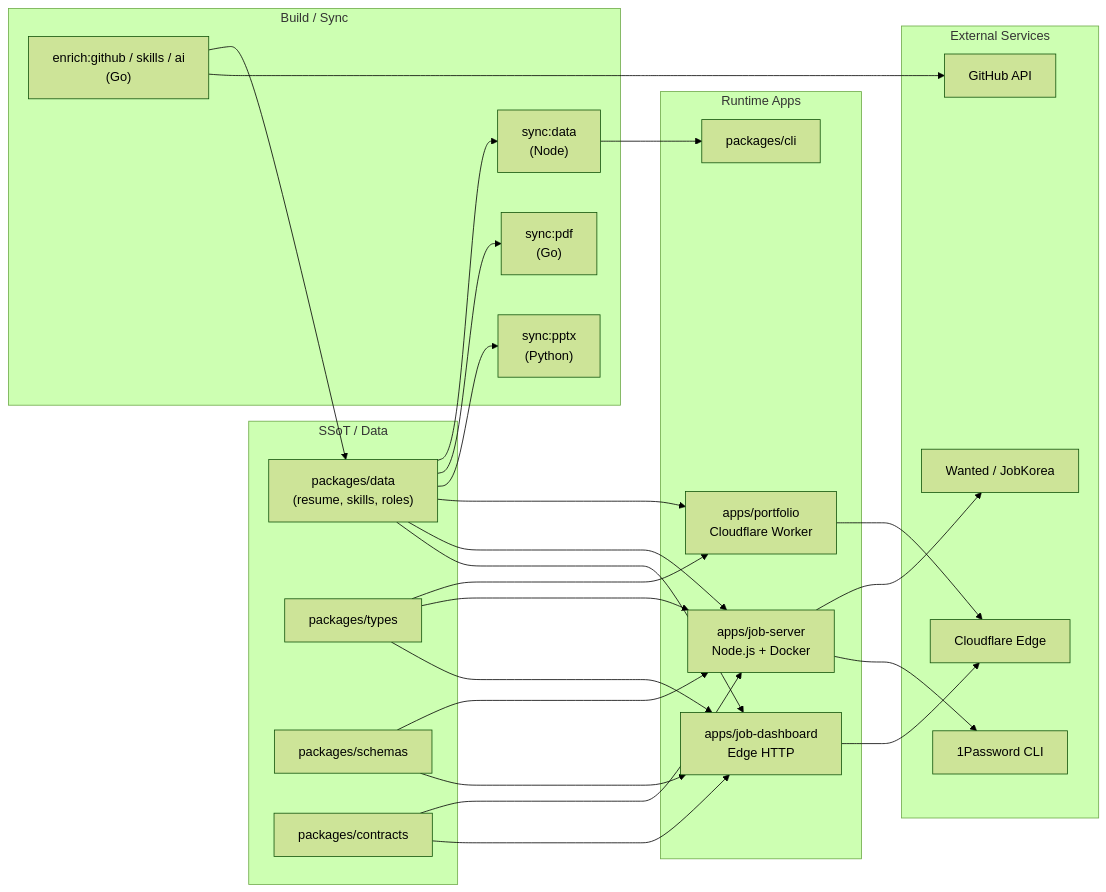
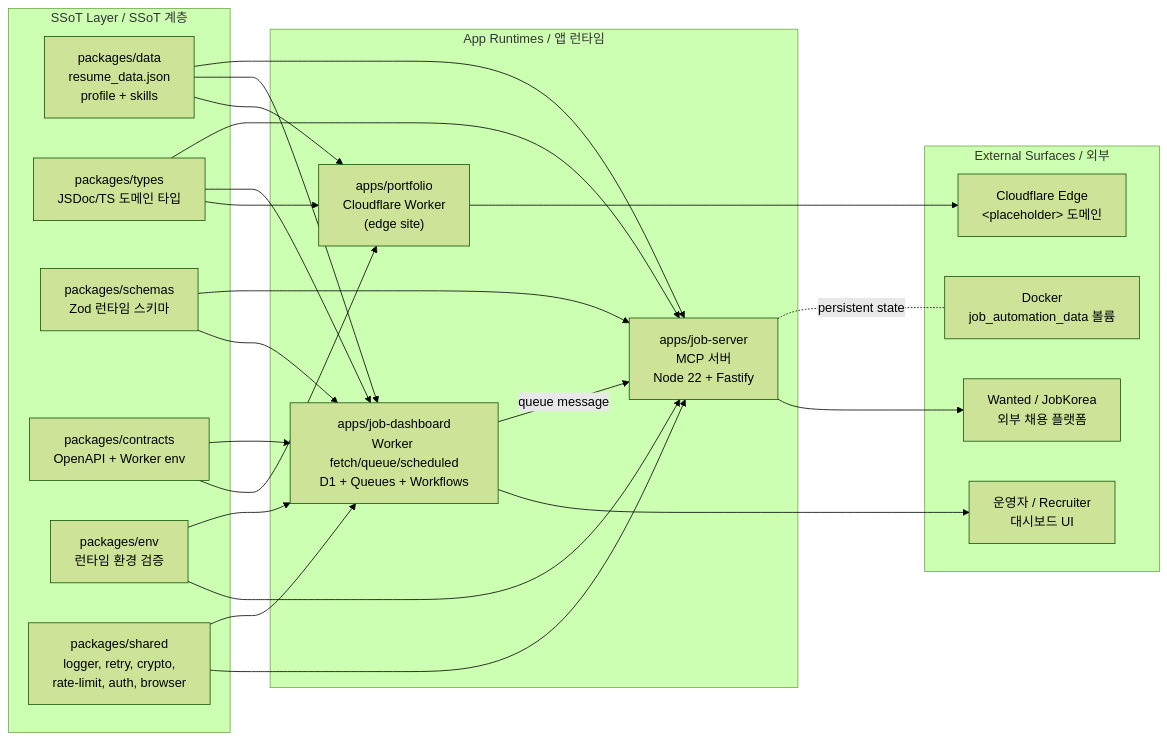
Before and after one commit to jclee941/resume: the diagram in README.md, drawn with Mermaid (forest theme). The commit also changed other lines of this file, not shown here.

````diff
--- a/README.md
+++ b/README.md
@@ -85,52 +94,45 @@
 ```mermaid
 flowchart LR
-  subgraph SSoT["SSoT / Data"]
-    Data["packages/data<br/>(resume, skills, roles)"]
-    Types["packages/types"]
-    Schemas["packages/schemas"]
-    Contracts["packages/contracts"]
-  end
+    subgraph SRC["SSoT Layer / SSoT 계층"]
+        DATA["packages/data<br/>resume_data.json<br/>profile + skills"]
+        TYPES["packages/types<br/>JSDoc/TS 도메인 타입"]
+        SCHEMA["packages/schemas<br/>Zod 런타임 스키마"]
+        CONTRACT["packages/contracts<br/>OpenAPI + Worker env"]
+        ENV["packages/env<br/>런타임 환경 검증"]
+        SHARED["packages/shared<br/>logger, retry, crypto,<br/>rate-limit, auth, browser"]
+    end
 
-  subgraph Build["Build / Sync"]
-    SyncData["sync:data<br/>(Node)"]
-    SyncPDF["sync:pdf<br/>(Go)"]
-    SyncPPTX["sync:pptx<br/>(Python)"]
-    Enrich["enrich:github / skills / ai<br/>(Go)"]
-  end
+    subgraph APPS["App Runtimes / 앱 런타임"]
+        PORTFOLIO["apps/portfolio<br/>Cloudflare Worker<br/>(edge site)"]
+        DASH["apps/job-dashboard<br/>Worker fetch/queue/scheduled<br/>D1 + Queues + Workflows"]
+        JOB["apps/job-server<br/>MCP 서버<br/>Node 22 + Fastify"]
+    end
 
-  subgraph Runtime["Runtime Apps"]
-    Portfolio["apps/portfolio<br/>Cloudflare Worker"]
-    JobServer["apps/job-server<br/>Node.js + Docker"]
-    JobDashboard["apps/job-dashboard<br/>Edge HTTP"]
-    CLI["packages/cli"]
-  end
+    subgraph OUT["External Surfaces / 외부"]
+        EDGE["Cloudflare Edge<br/>&lt;placeholder&gt; 도메인"]
+        PLATFORMS["Wanted / JobKorea<br/>외부 채용 플랫폼"]
+        OPS["운영자 / Recruiter<br/>대시보드 UI"]
+        DOCKER["Docker<br/>job_automation_data 볼륨"]
+    end
 
-  subgraph External["External Services"]
-    CF["Cloudflare Edge"]
-    OneP["1Password CLI"]
-    Wanted["Wanted / JobKorea"]
-    GH["GitHub API"]
-  end
+    DATA --> PORTFOLIO
+    DATA --> DASH
+    DATA --> JOB
+    TYPES --> PORTFOLIO
+    TYPES --> DASH
+    TYPES --> JOB
+    SCHEMA --> DASH
+    SCHEMA --> JOB
+    CONTRACT --> PORTFOLIO
+    CONTRACT --> DASH
+    ENV --> JOB
+    ENV --> DASH
+    SHARED --> JOB
+    SHARED --> DASH
 
-  Data --> SyncData
-  Data --> SyncPDF
-  Data --> SyncPPTX
-  Data --> Portfolio
-  Data --> JobServer
-  Data --> JobDashboard
-  Enrich --> Data
-  Types --> Portfolio
-  Types --> JobServer
-  Types --> JobDashboard
-  Schemas --> JobServer
-  Schemas --> JobDashboard
-  Contracts --> JobServer
-  Contracts --> JobDashboard
-
-  Portfolio --> CF
-  JobServer --> Wanted
-  JobServer --> OneP
-  JobDashboard --> CF
-  SyncData --> CLI
-  Enrich --> GH
+    PORTFOLIO --> EDGE
+    DASH --> OPS
+    DASH -- "queue message" --> JOB
+    JOB --> PLATFORMS
+    JOB -. "persistent state" .- DOCKER
 ```
````
